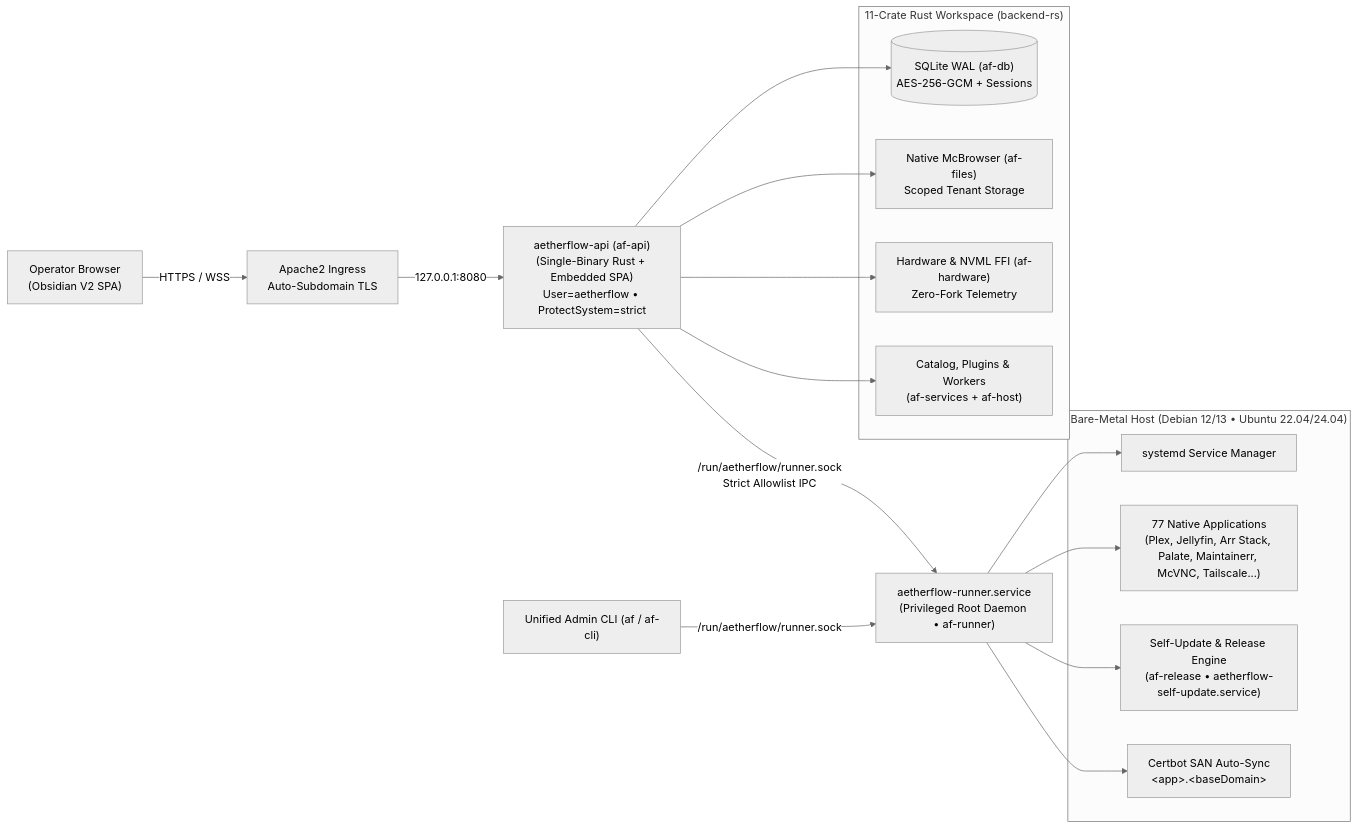
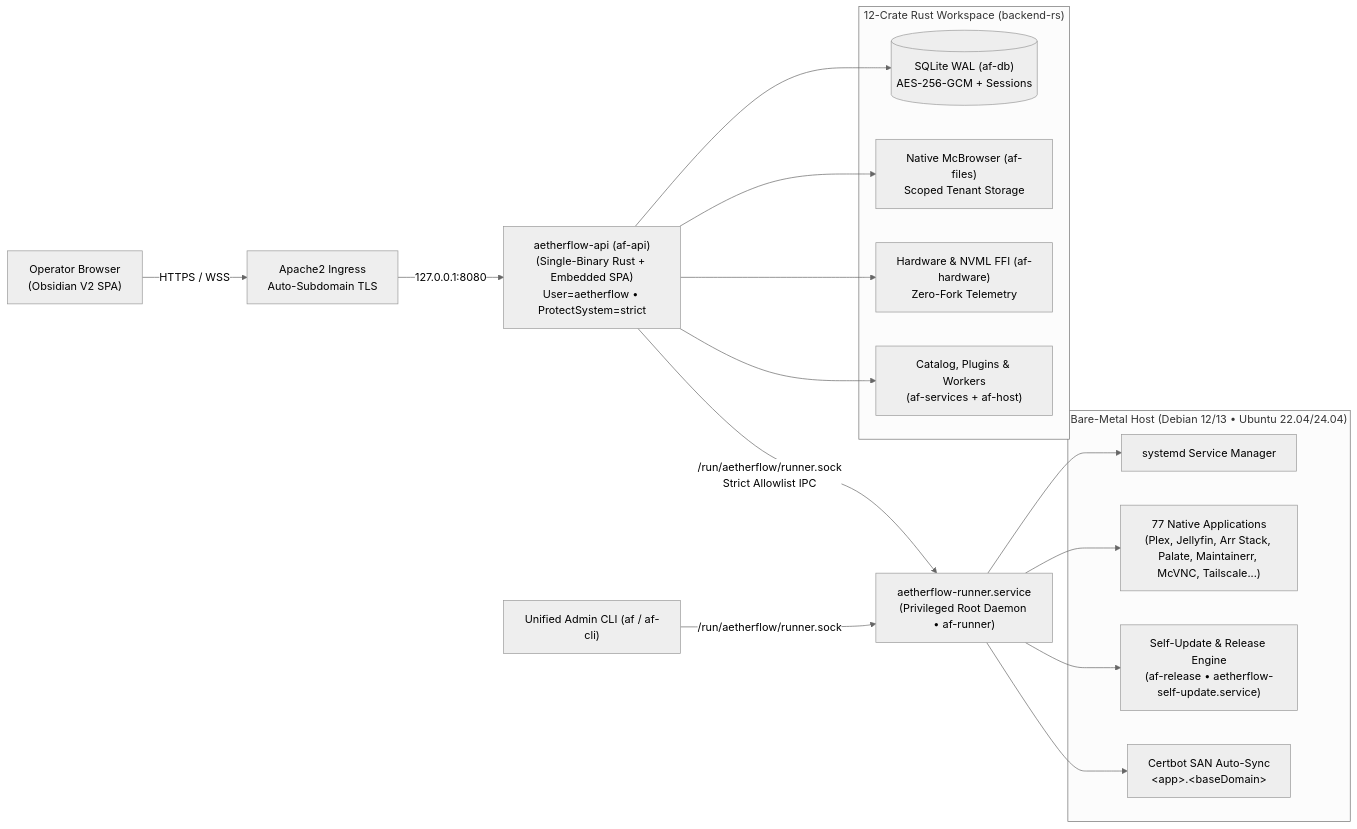
The diagram in README.md (McEveritts/AetherFlow), drawn with Mermaid (neutral theme) before and after one commit. The commit also changed other lines of this file and 32 other files, not shown here.

````diff
--- a/README.md
+++ b/README.md
@@ -56,32 +56,32 @@
 ```mermaid
 flowchart LR
     Operator["Operator Browser<br/>(Obsidian V2 SPA)"] -->|HTTPS / WSS| Ingress["Apache2 Ingress<br/>Auto-Subdomain TLS"]
     Ingress -->|127.0.0.1:8080| API["aetherflow-api (af-api)<br/>(Single-Binary Rust + Embedded SPA)<br/>User=aetherflow • ProtectSystem=strict"]
 
-    subgraph RustWorkspace["11-Crate Rust Workspace (backend-rs)"]
+    subgraph RustWorkspace["12-Crate Rust Workspace (backend-rs)"]
         DB[("SQLite WAL (af-db)<br/>AES-256-GCM + Sessions")]
         Files["Native McBrowser (af-files)<br/>Scoped Tenant Storage"]
         HW["Hardware & NVML FFI (af-hardware)<br/>Zero-Fork Telemetry"]
         Services["Catalog, Plugins & Workers<br/>(af-services + af-host)"]
     end
 
     API --> DB
     API --> Files
     API --> HW
     API --> Services
 
     API -->|"/run/aetherflow/runner.sock"<br/>Strict Allowlist IPC| Runner["aetherflow-runner.service<br/>(Privileged Root Daemon • af-runner)"]
     CLI["Unified Admin CLI (af / af-cli)"] -->|"/run/aetherflow/runner.sock"| Runner
 
     subgraph BareMetal["Bare-Metal Host (Debian 12/13 • Ubuntu 22.04/24.04)"]
         Systemd["systemd Service Manager"]
         Catalog["77 Native Applications<br/>(Plex, Jellyfin, Arr Stack, Palate, Maintainerr, McVNC, Tailscale...)"]
         Updater["Self-Update & Release Engine<br/>(af-release • aetherflow-self-update.service)"]
         CertSync["Certbot SAN Auto-Sync<br/>&lt;app&gt;.&lt;baseDomain&gt;"]
     end
 
     Runner --> Systemd
     Runner --> Catalog
     Runner --> Updater
     Runner --> CertSync
 ```
````
